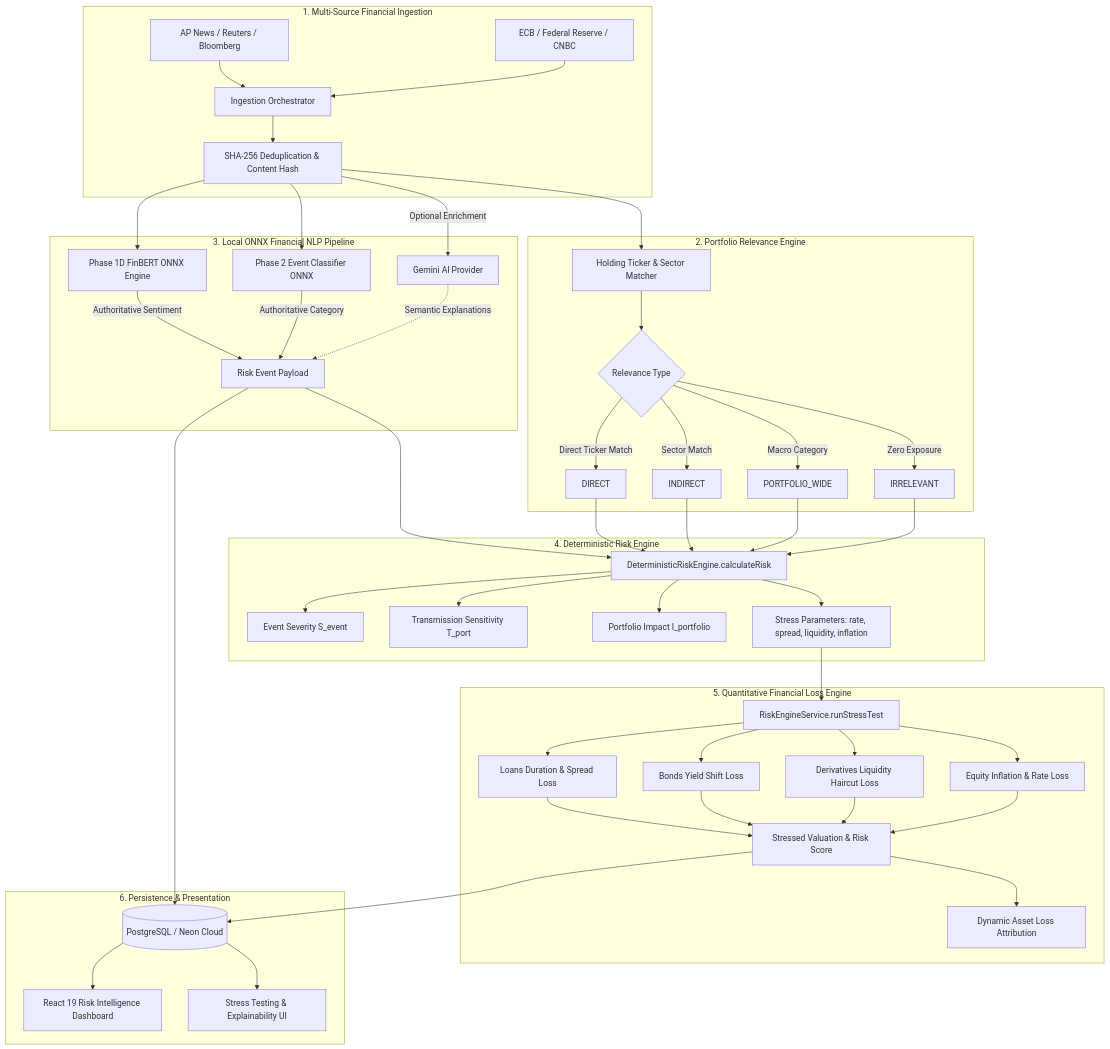
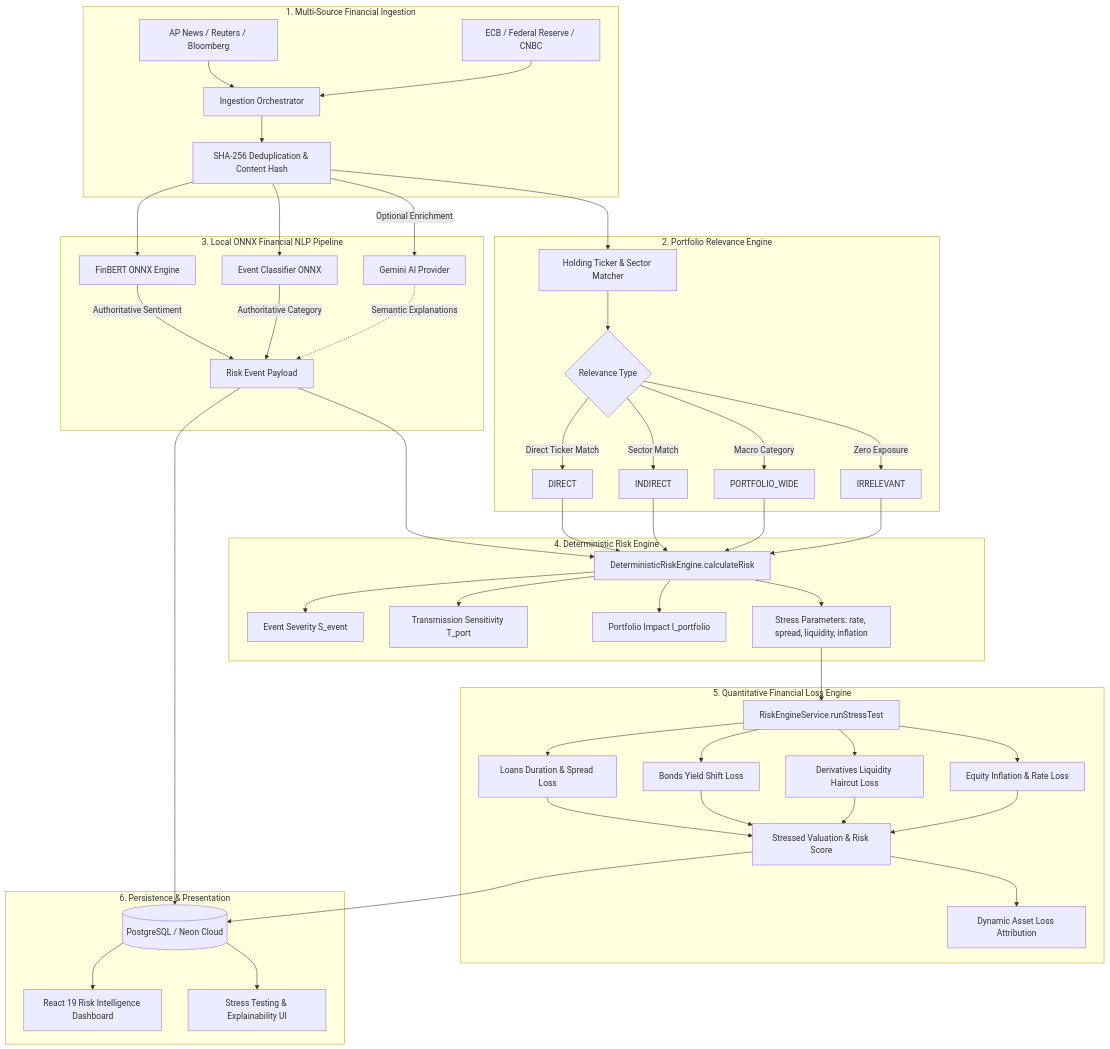
Before and after one commit to mythrhyth/vantage: the diagram in README.md, drawn with Mermaid. The commit also changed other lines of this file and 3 other files, not shown here.

Commit message:
docs(diagrams): add pre-rendered SVG architecture diagrams and wrap mermaid blocks

````diff
--- a/README.md
+++ b/README.md
@@ -98,61 +103,61 @@
 ```mermaid
 flowchart TD
     subgraph Ingestion ["1. Multi-Source Financial Ingestion"]
         A1[AP News / Reuters / Bloomberg] --> B[Ingestion Orchestrator]
         A2[ECB / Federal Reserve / CNBC] --> B
         B --> C[SHA-256 Deduplication & Content Hash]
     end
 
     subgraph Relevance ["2. Portfolio Relevance Engine"]
         C --> D[Holding Ticker & Sector Matcher]
         D --> E{Relevance Type}
         E -->|Direct Ticker Match| E1[DIRECT]
         E -->|Sector Match| E2[INDIRECT]
         E -->|Macro Category| E3[PORTFOLIO_WIDE]
         E -->|Zero Exposure| E4[IRRELEVANT]
     end
 
     subgraph NLP ["3. Local ONNX Financial NLP Pipeline"]
-        C --> F[Phase 1D FinBERT ONNX Engine]
-        C --> G[Phase 2 Event Classifier ONNX]
+        C --> F[FinBERT ONNX Engine]
+        C --> G[Event Classifier ONNX]
         C -->|Optional Enrichment| H[Gemini AI Provider]
 
         F -->|Authoritative Sentiment| I[Risk Event Payload]
         G -->|Authoritative Category| I
         H -.->|Semantic Explanations| I
     end
 
     subgraph Engine ["4. Deterministic Risk Engine"]
         I --> J[DeterministicRiskEngine.calculateRisk]
         E1 --> J
         E2 --> J
         E3 --> J
         E4 --> J
 
         J --> K1[Event Severity S_event]
         J --> K2[Transmission Sensitivity T_port]
         J --> K3[Portfolio Impact I_portfolio]
         J --> K4[Stress Parameters: rate, spread, liquidity, inflation]
     end
 
     subgraph LossEngine ["5. Quantitative Financial Loss Engine"]
         K4 --> L[RiskEngineService.runStressTest]
         L --> M1[Loans Duration & Spread Loss]
         L --> M2[Bonds Yield Shift Loss]
         L --> M3[Derivatives Liquidity Haircut Loss]
         L --> M4[Equity Inflation & Rate Loss]
 
         M1 --> N[Stressed Valuation & Risk Score]
         M2 --> N
         M3 --> N
         M4 --> N
         N --> O[Dynamic Asset Loss Attribution]
     end
 
     subgraph Persistence ["6. Persistence & Presentation"]
         I --> P[(PostgreSQL / Neon Cloud)]
         N --> P
         P --> Q[React 19 Risk Intelligence Dashboard]
         P --> R[Stress Testing & Explainability UI]
     end
 ```
````
